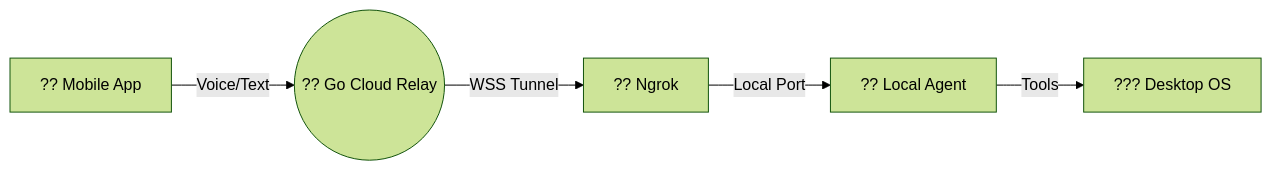
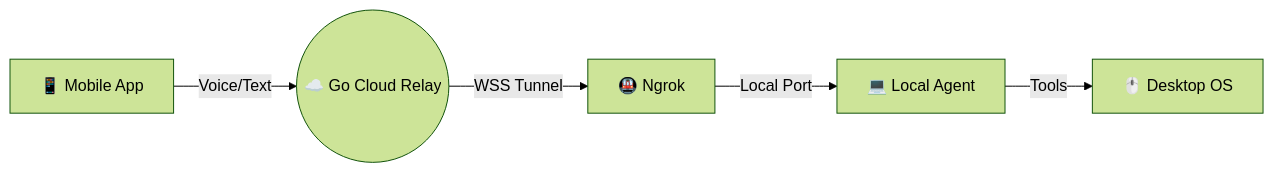
One commit to ojaswi1234/Voila_Voice changed the first of 3 diagrams in README.md. Above: the diagram before and after it, drawn with Mermaid (forest theme). The commit also changed other lines of this file and 50 other files, not shown here.

````diff
--- a/README.md
+++ b/README.md
@@ -16,7 +16,7 @@
 ```mermaid
 flowchart LR
-    User[?? Mobile App] -- Voice/Text --> Relay((?? Go Cloud Relay))
-    Relay -- WSS Tunnel --> Ngrok[?? Ngrok]
-    Ngrok -- Local Port --> Agent[?? Local Agent]
-    Agent -- Tools --> UI[??? Desktop OS]
+    User[📱 Mobile App] -- Voice/Text --> Relay((☁️ Go Cloud Relay))
+    Relay -- WSS Tunnel --> Ngrok[🚇 Ngrok]
+    Ngrok -- Local Port --> Agent[💻 Local Agent]
+    Agent -- Tools --> UI[🖱️ Desktop OS]
 ```
````
